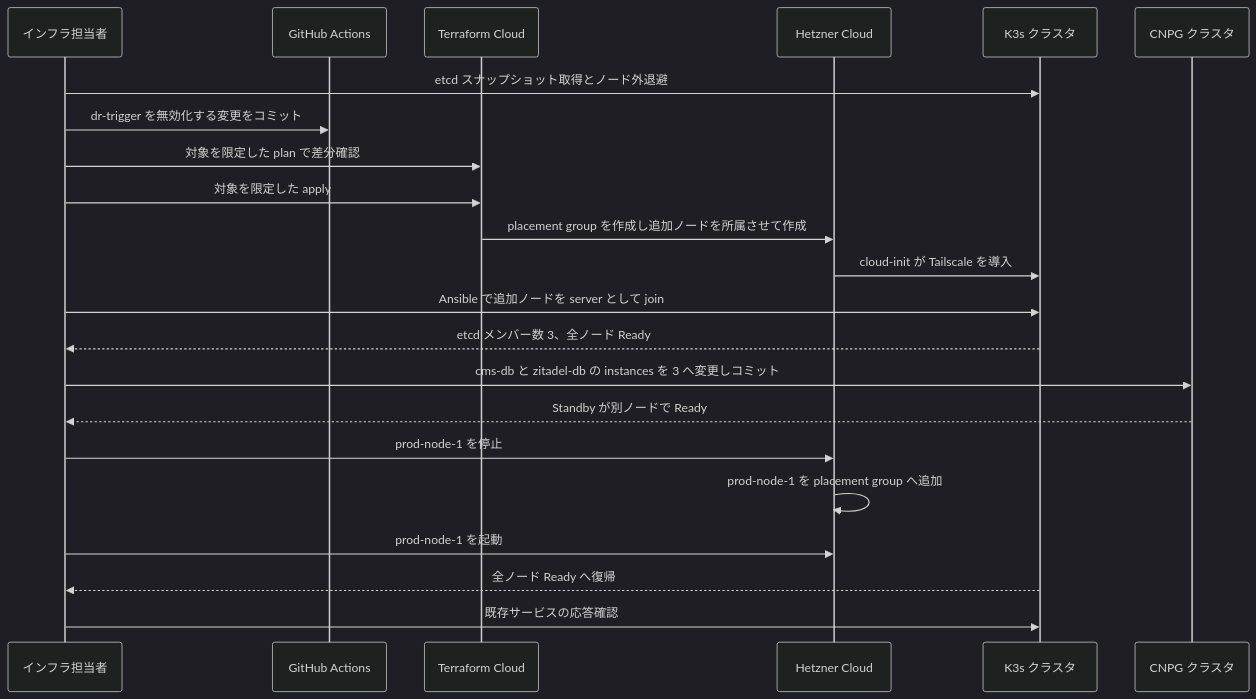
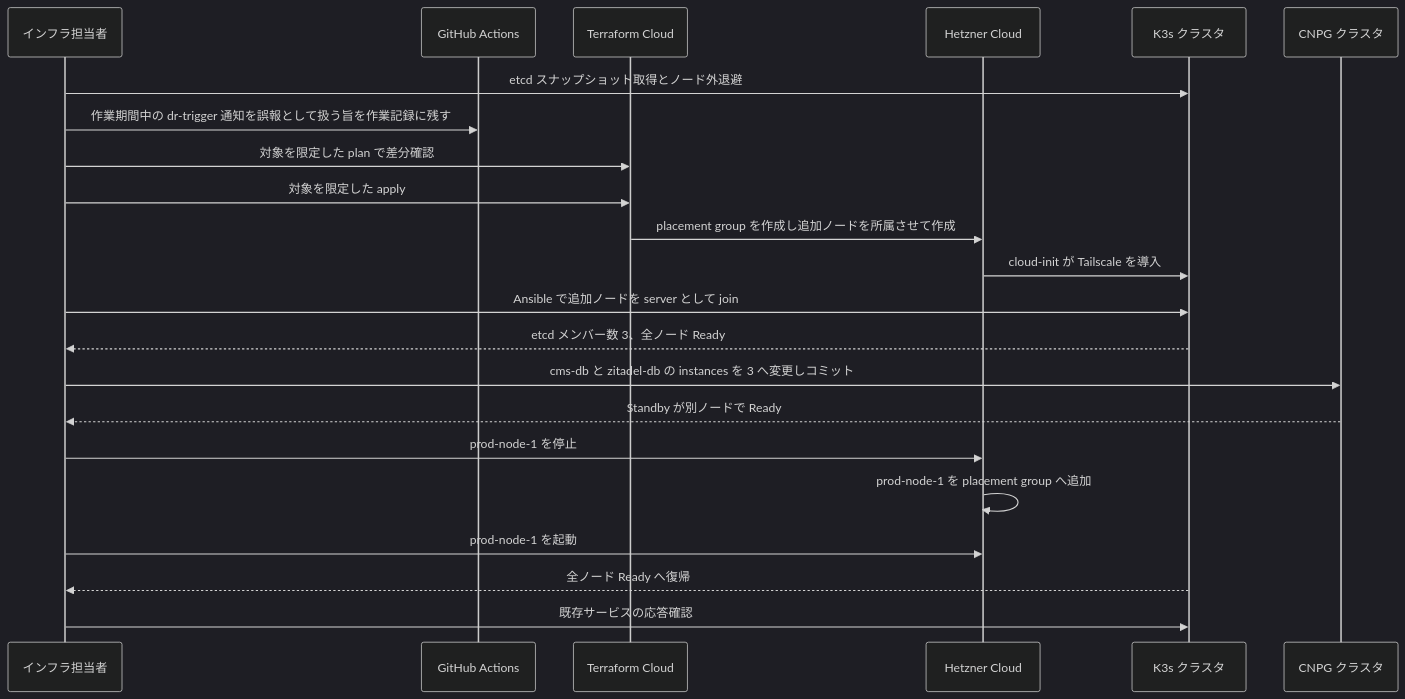
Before and after one commit to aramakisai/aramakisai-infra: the third of 5 diagrams in .kiro/specs/festival-peak-scaleout/design.md, drawn with Mermaid (dark theme). The commit also changed other lines of this file and 13 other files, not shown here.

````diff
--- a/.kiro/specs/festival-peak-scaleout/design.md
+++ b/.kiro/specs/festival-peak-scaleout/design.md
@@ -218,26 +217,26 @@
 ```mermaid
 sequenceDiagram
     participant Ops as インフラ担当者
     participant GH as GitHub Actions
     participant TFC as Terraform Cloud
     participant HC as Hetzner Cloud
     participant K3s as K3s クラスタ
 
     participant CNPG as CNPG クラスタ
 
     Ops->>K3s: etcd スナップショット取得とノード外退避
-    Ops->>GH: dr-trigger を無効化する変更をコミット
+    Ops->>GH: 作業期間中の dr-trigger 通知を誤報として扱う旨を作業記録に残す
     Ops->>TFC: 対象を限定した plan で差分確認
     Ops->>TFC: 対象を限定した apply
     TFC->>HC: placement group を作成し追加ノードを所属させて作成
     HC->>K3s: cloud-init が Tailscale を導入
     Ops->>K3s: Ansible で追加ノードを server として join
     K3s-->>Ops: etcd メンバー数 3、全ノード Ready
     Ops->>CNPG: cms-db と zitadel-db の instances を 3 へ変更しコミット
     CNPG-->>Ops: Standby が別ノードで Ready
     Ops->>HC: prod-node-1 を停止
     HC->>HC: prod-node-1 を placement group へ追加
     Ops->>HC: prod-node-1 を起動
     K3s-->>Ops: 全ノード Ready へ復帰
     Ops->>K3s: 既存サービスの応答確認
 ```
````
